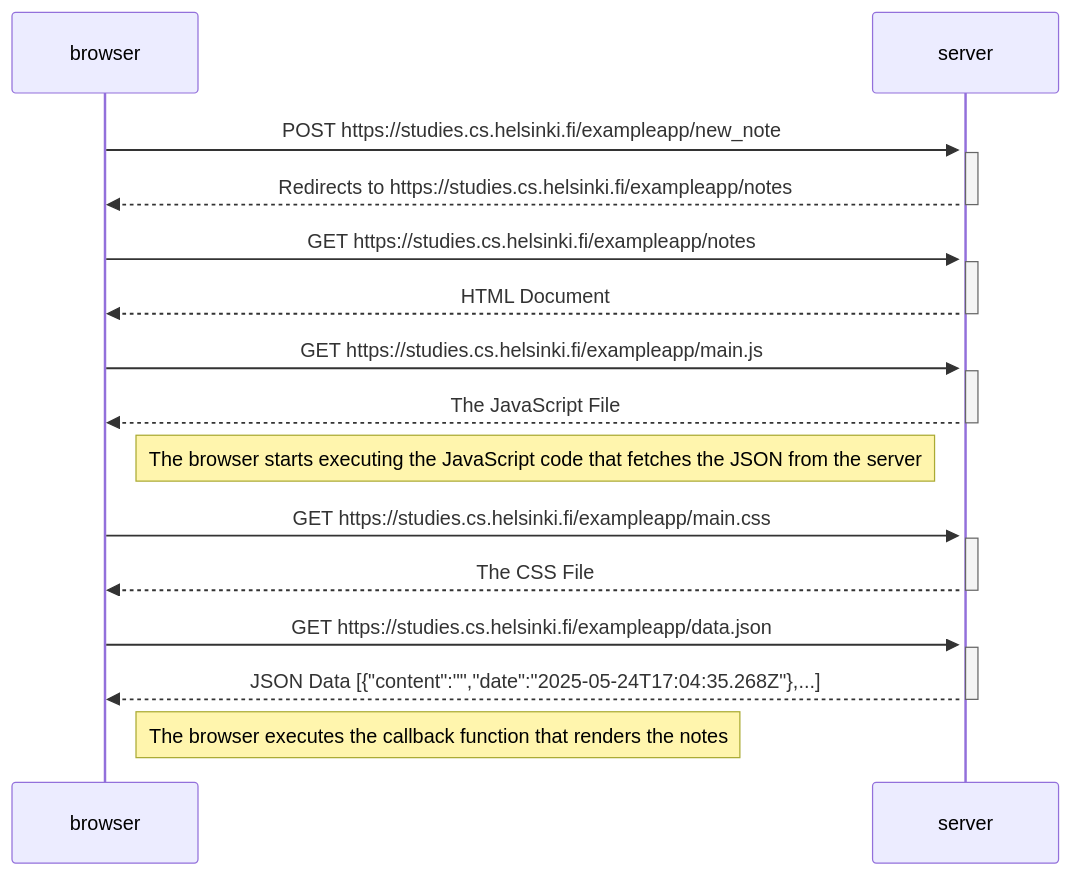
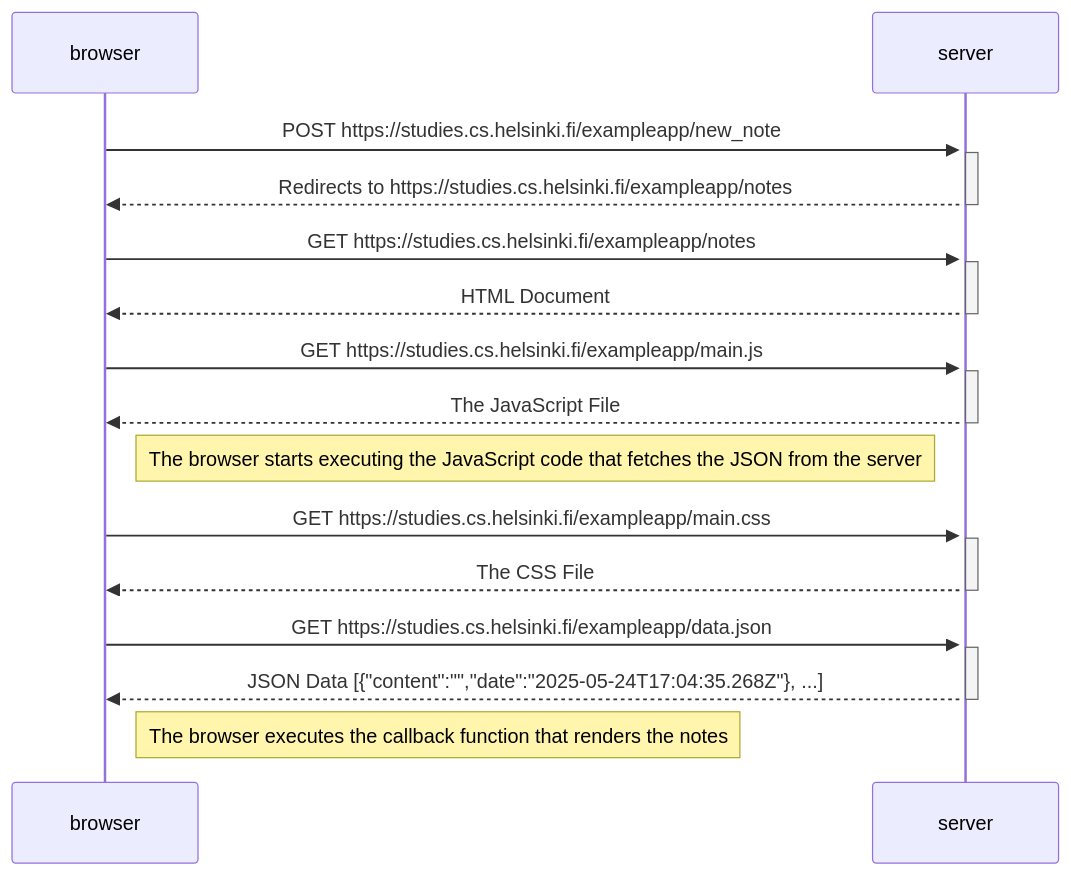
One commit to moysush/fullstackopen changed the diagram in part0/0_4_new_note_diagram.md. Above: the diagram before and after it, drawn with Mermaid.

````diff
--- a/part0/0_4_new_note_diagram.md
+++ b/part0/0_4_new_note_diagram.md
@@ -1,32 +1,32 @@
 ```mermaid
 sequenceDiagram
   participant browser as browser
   participant server as server
   browser ->>+ server: POST https://studies.cs.helsinki.fi/exampleapp/new_note
   activate server
   server -->> browser: Redirects to https://studies.cs.helsinki.fi/exampleapp/notes
   deactivate server
   browser ->> server: GET https://studies.cs.helsinki.fi/exampleapp/notes
   activate server
   server -->> browser: HTML Document
   deactivate server
 
   browser ->> server: GET https://studies.cs.helsinki.fi/exampleapp/main.js
   activate server
   server -->> browser: The JavaScript File
   deactivate server
 
   Note right of browser: The browser starts executing the JavaScript code that fetches the JSON from the server
   
   browser ->> server: GET https://studies.cs.helsinki.fi/exampleapp/main.css
   activate server
   server -->> browser: The CSS File
   deactivate server
 
   browser ->> server: GET https://studies.cs.helsinki.fi/exampleapp/data.json
   activate server
-  server -->> browser: JSON Data [{"content":"","date":"2025-05-24T17:04:35.268Z"},...]
+  server -->> browser: JSON Data [{"content":"","date":"2025-05-24T17:04:35.268Z"}, ...]
   deactivate server
 
   Note right of browser: The browser executes the callback function that renders the notes
 ```
````
